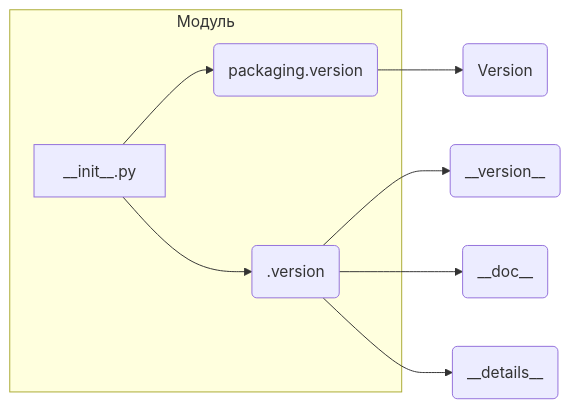
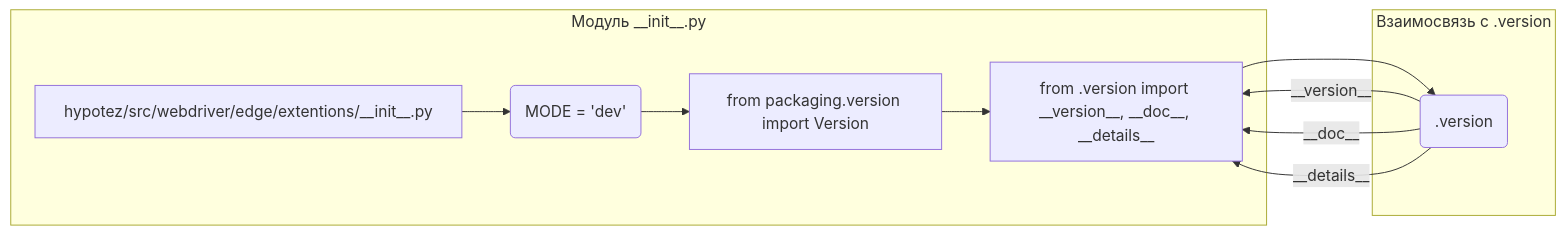
One commit to hypo69/hypo changed the second of 2 diagrams in docs/gemini/ru/explainer/src/webdriver/edge/extentions/__init__.md. Above: the diagram before and after it, drawn with Mermaid. The commit also changed other lines of this file and 311 other files, not shown here.

````diff
--- a/docs/gemini/ru/explainer/src/webdriver/edge/extentions/__init__.md
+++ b/docs/gemini/ru/explainer/src/webdriver/edge/extentions/__init__.md
@@ -73,11 +69,15 @@
 ```mermaid
 graph LR
-    subgraph "Модуль"
-        A[__init__.py] --> B(packaging.version);
-        A --> C(.version);
+    subgraph "Модуль __init__.py"
+        A[hypotez/src/webdriver/edge/extentions/__init__.py] --> B(MODE = 'dev');
+        B --> C[from packaging.version import Version];
+        C --> D[from .version import __version__, __doc__, __details__];
     end
-    B --> D(Version);
-    C --> E(__version__);
-    C --> F(__doc__);
-    C --> G(__details__);
+    
+    subgraph "Взаимосвязь с .version"
+        D --> E(.version);
+        E -- __version__ --> D;
+        E -- __doc__ --> D;
+        E -- __details__ --> D;
+    end
 ```
````
